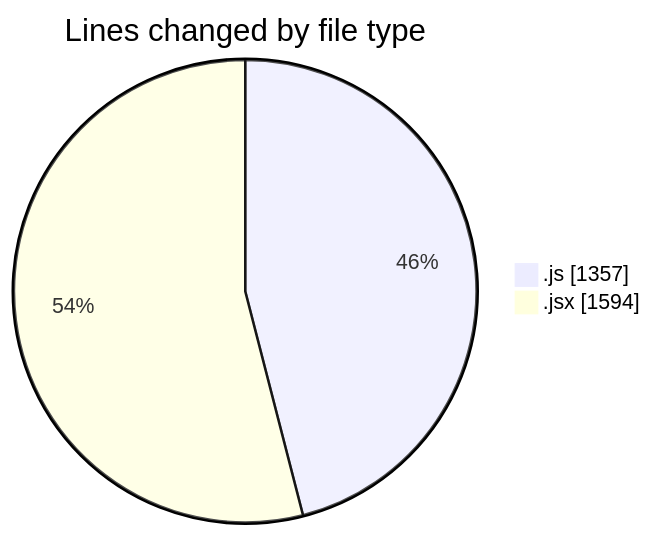
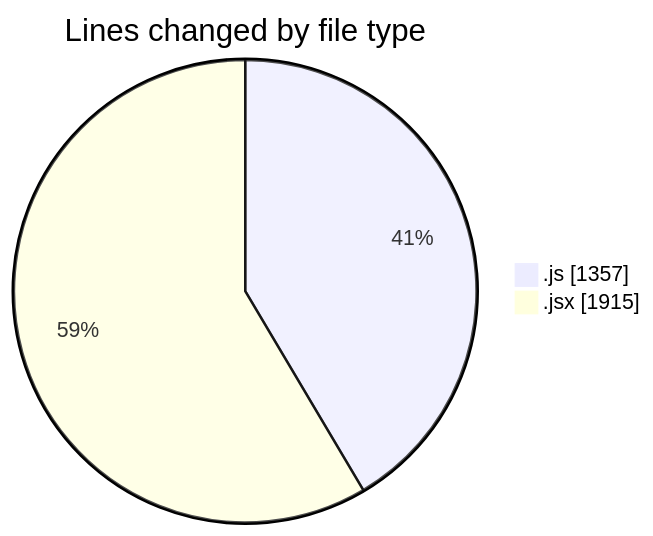
Before and after one commit to nxtqubesakshisongat/code-tracking: the first of 2 diagrams in 2025-08-05/nxtqube_webapp/README.md, drawn with Mermaid. The commit also changed other lines of this file and 1 other file, not shown here.

````diff
--- a/2025-08-05/nxtqube_webapp/README.md
+++ b/2025-08-05/nxtqube_webapp/README.md
@@ -25,6 +26,6 @@
 ```mermaid
 pie showData
 title Lines changed by file type
 ".js" : 1357
-".jsx" : 1594
+".jsx" : 1915
 ```
````
